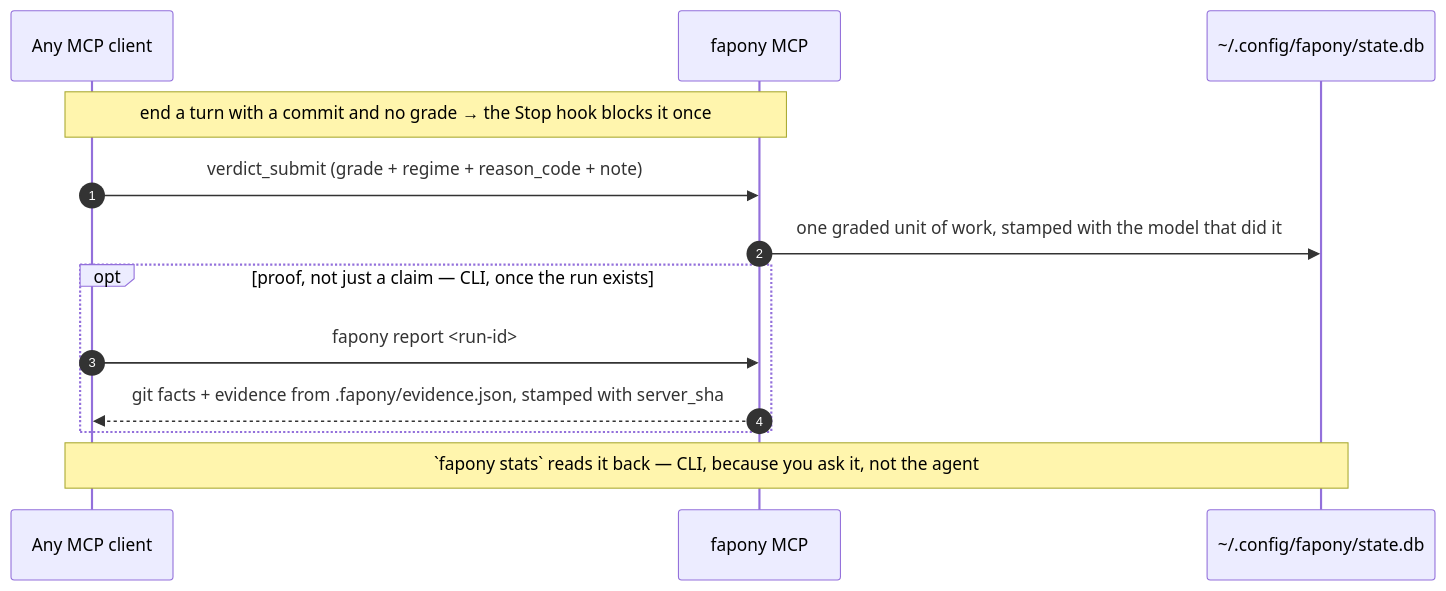
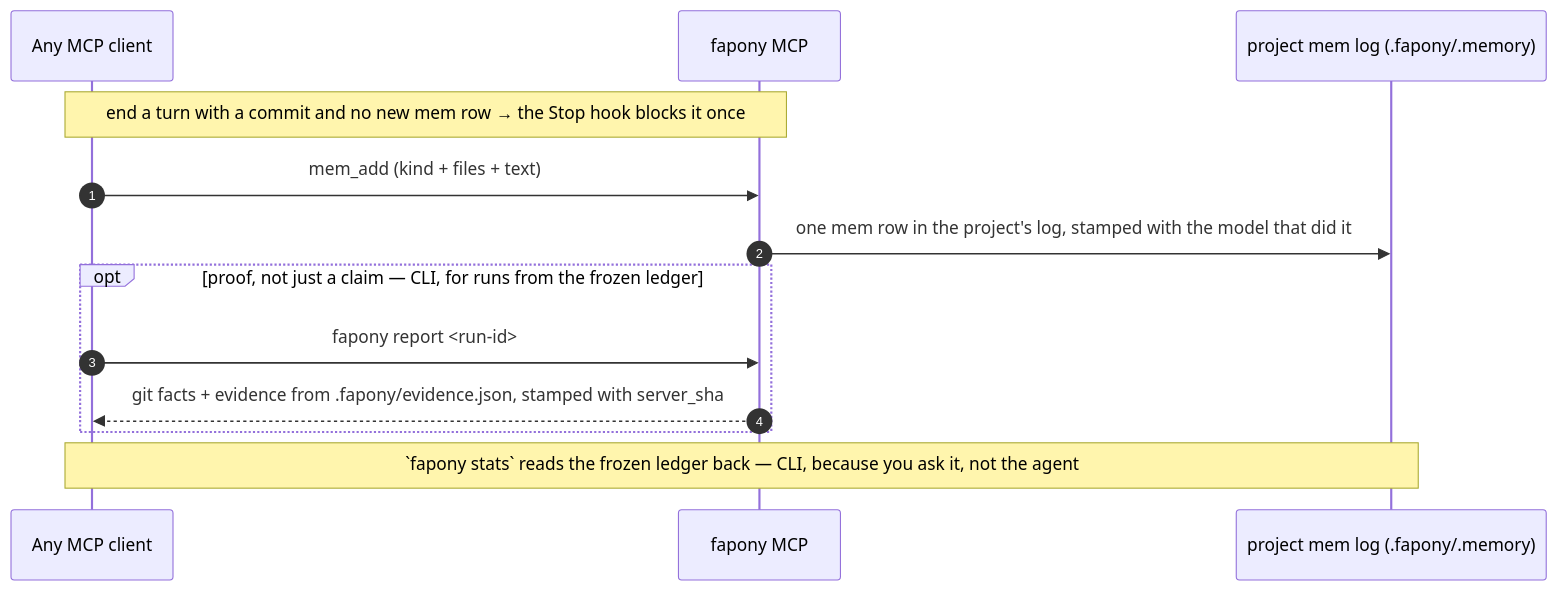
The second of 4 diagrams in README.md (inonix-dev/fapony), drawn with Mermaid before and after one commit. The commit also changed other lines of this file and 2 other files, not shown here.

First line of the commit message:
docs: README + CLAUDE.md match the post-verdict world

````diff
--- a/README.md
+++ b/README.md
@@ -212,16 +215,16 @@
 ```mermaid
 sequenceDiagram
     autonumber
     participant A as Any MCP client
     participant F as fapony MCP
-    participant L as ~/.config/fapony/state.db
+    participant M as project mem log (.fapony/.memory)
 
-    Note over A,F: end a turn with a commit and no grade → the Stop hook blocks it once
-    A->>F: verdict_submit (grade + regime + reason_code + note)
-    F->>L: one graded unit of work, stamped with the model that did it
-    opt proof, not just a claim — CLI, once the run exists
+    Note over A,F: end a turn with a commit and no new mem row → the Stop hook blocks it once
+    A->>F: mem_add (kind + files + text)
+    F->>M: one mem row in the project's log, stamped with the model that did it
+    opt proof, not just a claim — CLI, for runs from the frozen ledger
         A->>F: fapony report <run-id>
         F-->>A: git facts + evidence from .fapony/evidence.json, stamped with server_sha
     end
-    Note over A,L: `fapony stats` reads it back — CLI, because you ask it, not the agent
+    Note over A,M: `fapony stats` reads the frozen ledger back — CLI, because you ask it, not the agent
 ```
````
